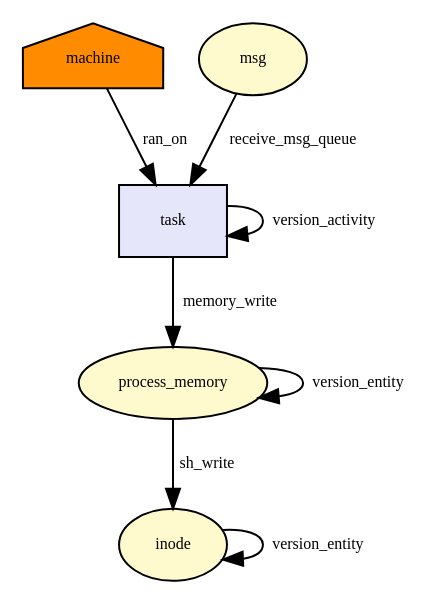
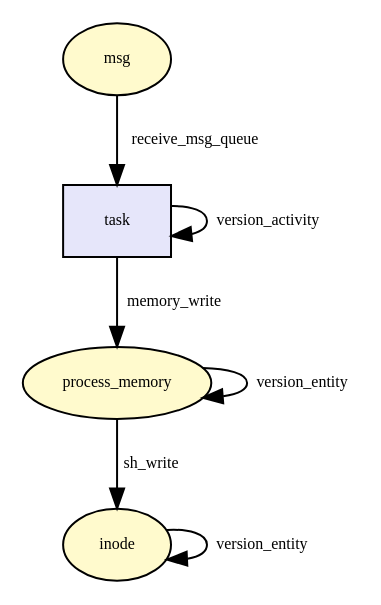
One commit to CamFlow/camflow-dev changed the diagram in docs/dot/__mq_msgrcv.dot. Above: the diagram before and after it, drawn with Graphviz. The commit also changed 8 other files, not shown here.

```diff
--- a/docs/dot/__mq_msgrcv.dot
+++ b/docs/dot/__mq_msgrcv.dot
@@ -1,25 +1,21 @@
-digraph RGL__DirectedAdjacencyGraph {machine[fontsize = 8,label = machine,shape = house, fillcolor="#ff8c00", style = filled]
+digraph RGL__DirectedAdjacencyGraph {msg[fontsize = 8,label = msg,shape = ellipse, fillcolor="#fffacd", style = filled]
 
 task[fontsize = 8,label = task,shape = rectangle, fillcolor="#e6e6fa", style = filled]
-
-machine -> task[fontsize = 8,label = ran_on]
-
-msg[fontsize = 8,label = msg,shape = ellipse, fillcolor="#fffacd", style = filled]
 
 msg -> task[fontsize = 8,label = receive_msg_queue]
 
 process_memory[fontsize = 8,label = process_memory,shape = ellipse, fillcolor="#fffacd", style = filled]
 
 task -> process_memory[fontsize = 8,label = memory_write]
 
 task -> task[fontsize = 8,label = version_activity]
 
 process_memory -> process_memory[fontsize = 8,label = version_entity]
 
 inode[fontsize = 8,label = inode,shape = ellipse, fillcolor="#fffacd", style = filled]
 
 process_memory -> inode[fontsize = 8,label = sh_write]
 
 inode -> inode[fontsize = 8,label = version_entity]
 
 }
```
